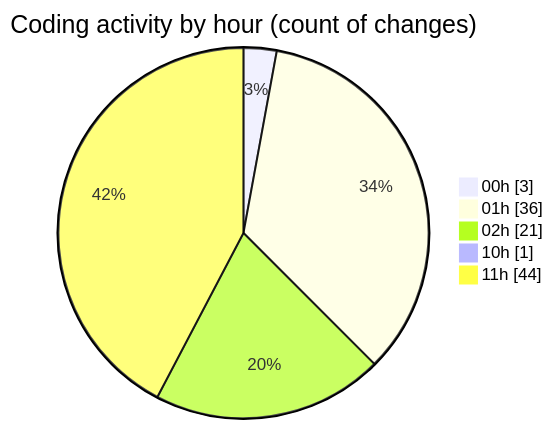
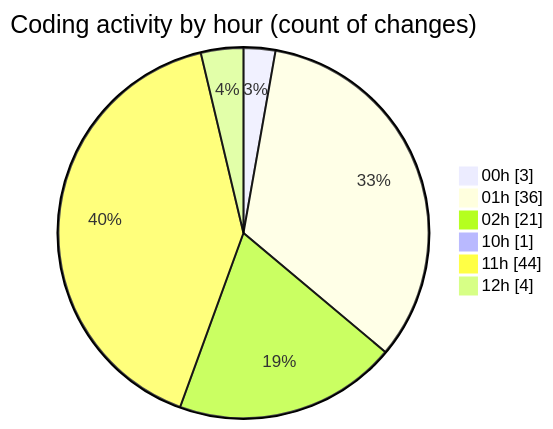
One commit to lephambinh05/code-tracking changed the second of 2 diagrams in 2025-09-05/hiai-phf/README.md. Above: the diagram before and after it, drawn with Mermaid. The commit also changed other lines of this file and 1 other file, not shown here.

````diff
--- a/2025-09-05/hiai-phf/README.md
+++ b/2025-09-05/hiai-phf/README.md
@@ -65,9 +66,10 @@
 ```mermaid
 pie showData
 title Coding activity by hour (count of changes)
 "00h" : 3
 "01h" : 36
 "02h" : 21
 "10h" : 1
 "11h" : 44
+"12h" : 4
 ```
````
